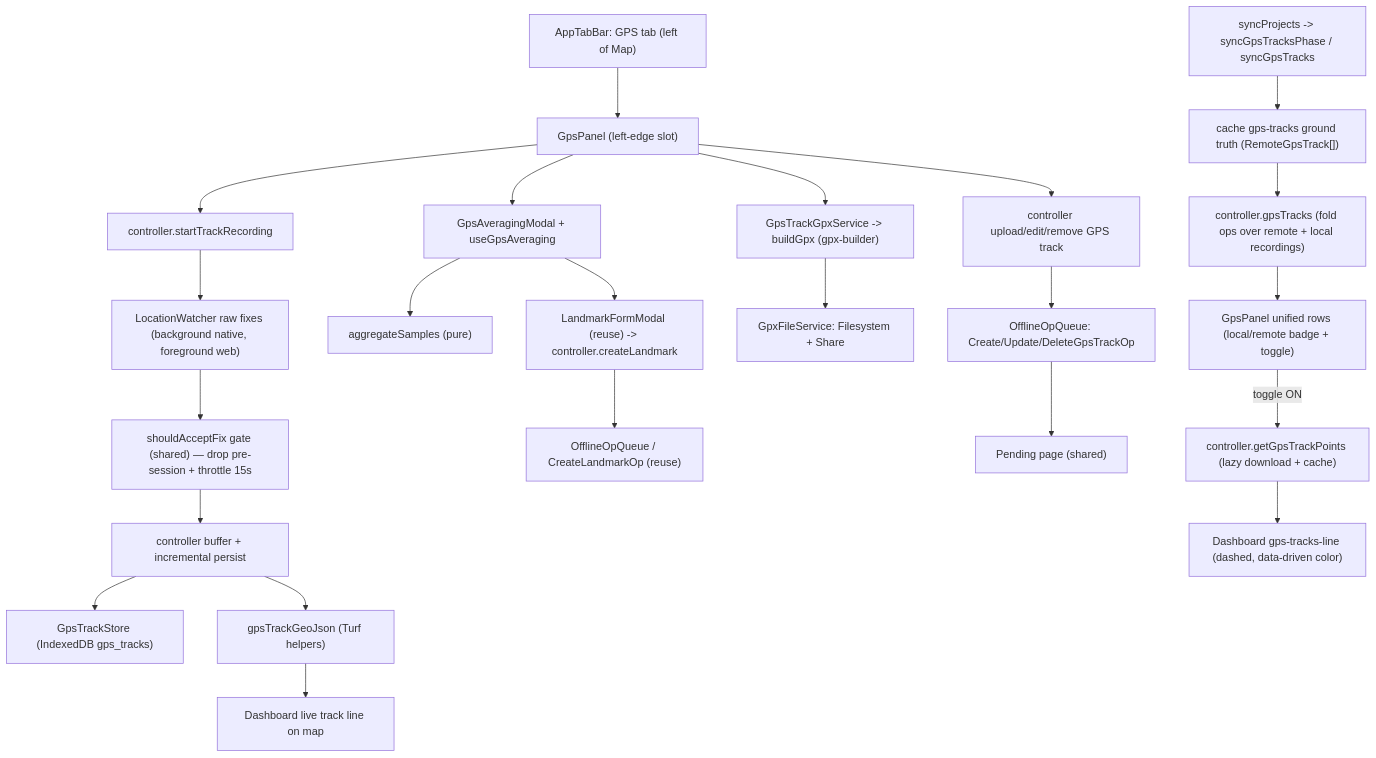
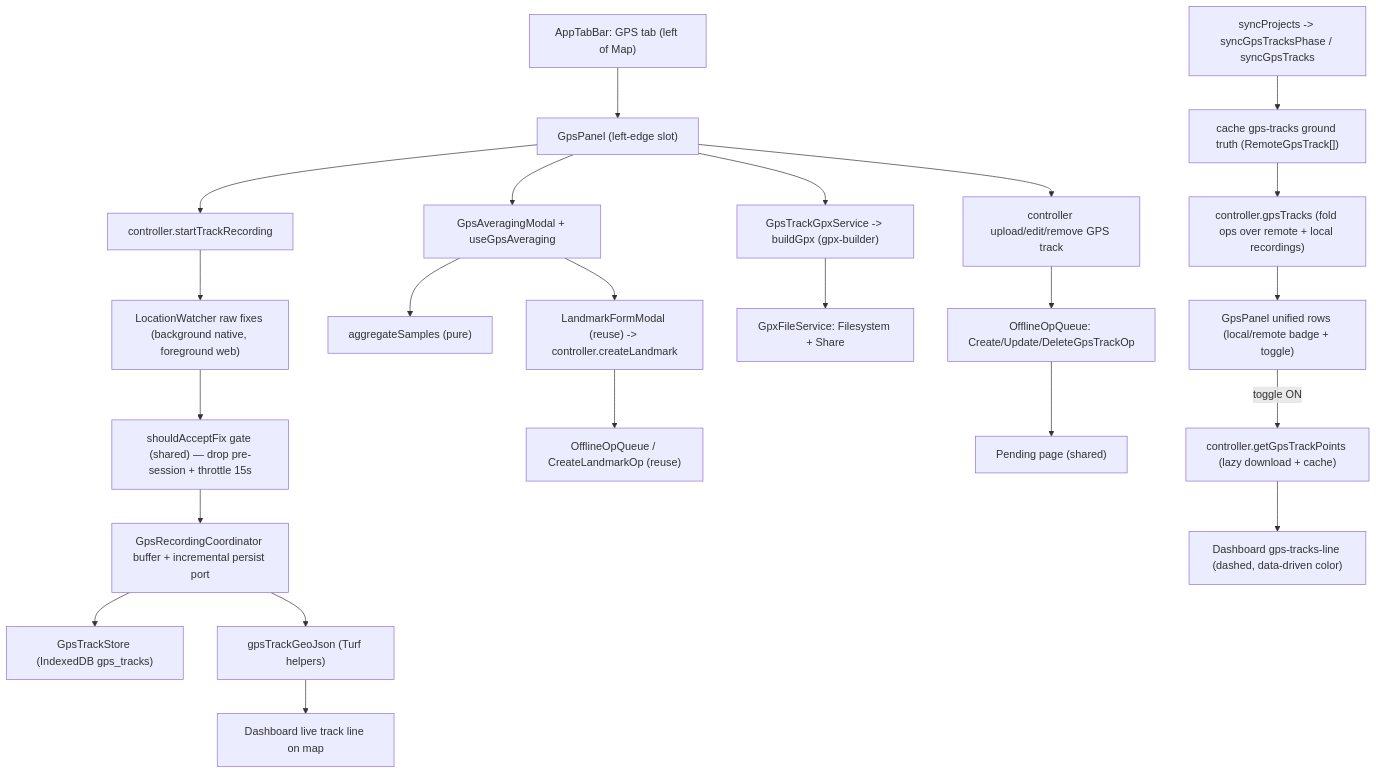
The diagram in docs/gps-tracks.md (OpenSpeleo/SpeleoDB-App), drawn with Mermaid before and after one commit. The commit also changed other lines of this file and 6 other files, not shown here.

Commit message:
[Refactoring] Extract GPS recording coordination

````diff
--- a/docs/gps-tracks.md
+++ b/docs/gps-tracks.md
@@ -104,25 +106,25 @@
 ```mermaid
 flowchart TD
   tab["AppTabBar: GPS tab (left of Map)"] --> panel["GpsPanel (left-edge slot)"]
   panel --> rec["controller.startTrackRecording"]
   rec --> watch["LocationWatcher raw fixes (background native, foreground web)"]
   watch --> gate["shouldAcceptFix gate (shared) — drop pre-session + throttle 15s"]
-  gate --> buf["controller buffer + incremental persist"]
+  gate --> buf["GpsRecordingCoordinator buffer + incremental persist port"]
   buf --> store["GpsTrackStore (IndexedDB gps_tracks)"]
   buf --> geojson["gpsTrackGeoJson (Turf helpers)"]
   geojson --> line["Dashboard live track line on map"]
   panel --> avg["GpsAveragingModal + useGpsAveraging"]
   avg --> agg["aggregateSamples (pure)"]
   avg --> form["LandmarkFormModal (reuse) -> controller.createLandmark"]
   form --> queue["OfflineOpQueue / CreateLandmarkOp (reuse)"]
   panel --> gpx["GpsTrackGpxService -> buildGpx (gpx-builder)"]
   gpx --> share["GpxFileService: Filesystem + Share"]
   panel --> mut["controller upload/edit/remove GPS track"]
   mut --> q["OfflineOpQueue: Create/Update/DeleteGpsTrackOp"]
   q --> pend["Pending page (shared)"]
   sync["syncProjects -> syncGpsTracksPhase / syncGpsTracks"] --> gt["cache gps-tracks ground truth (RemoteGpsTrack[])"]
   gt --> list["controller.gpsTracks (fold ops over remote + local recordings)"]
   list --> rows["GpsPanel unified rows (local/remote badge + toggle)"]
   rows -->|"toggle ON"| dl["controller.getGpsTrackPoints (lazy download + cache)"]
   dl --> tline["Dashboard gps-tracks-line (dashed, data-driven color)"]
 ```
````
